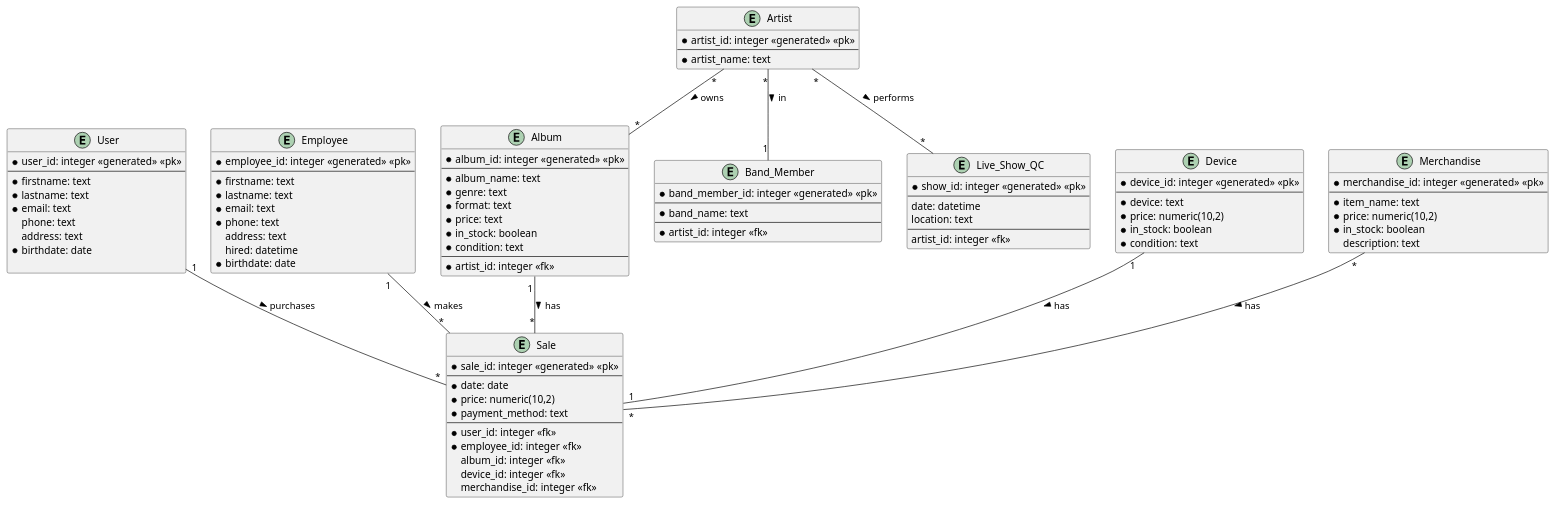
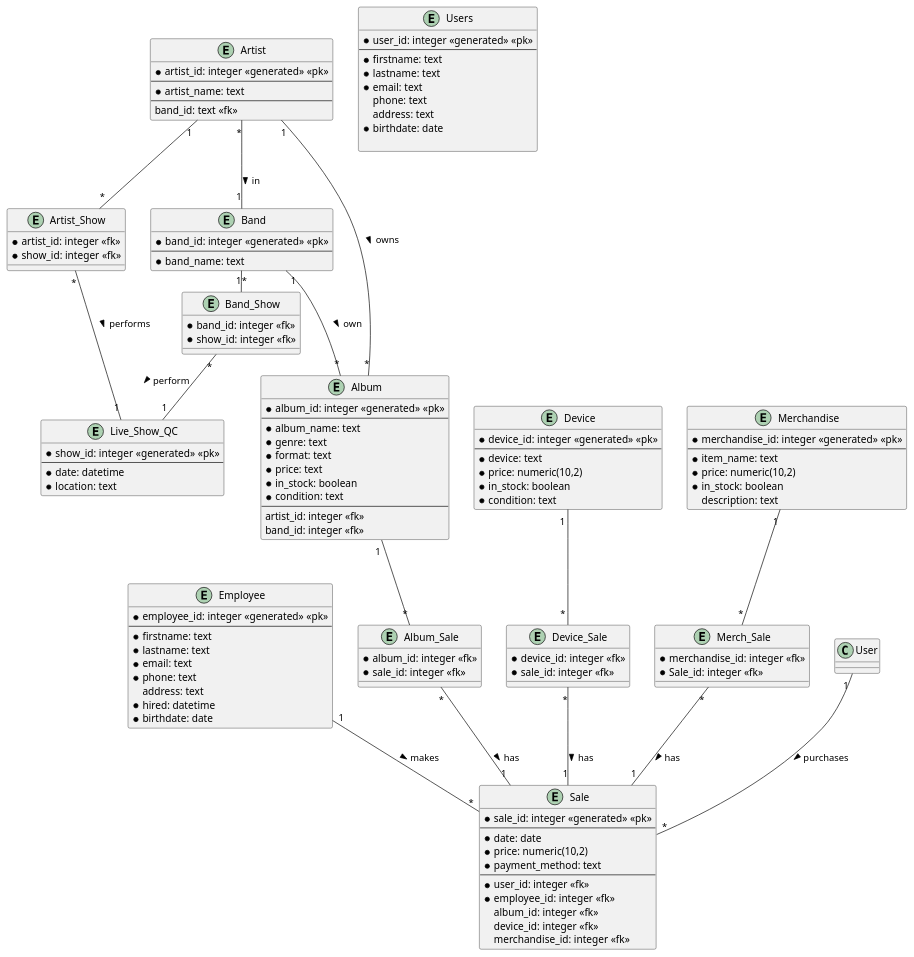
The diagram in physical.md (2395037/turntables_db), drawn with PlantUML before and after one commit. The commit also changed 1 other file, not shown here.

Commit message:
Added intermediate tables, and fixed some attributes in physical

```diff
--- a/physical.md
+++ b/physical.md
@@ -1,5 +1,5 @@
 @startuml
-entity User {
+entity Users {
 *user_id: integer <<generated>> <<pk>>
 --
 *firstname: text
@@ -19,7 +19,7 @@
 *email: text
 *phone: text
 address: text
-hired: datetime
+*hired: datetime
 *birthdate: date
 }
 
@@ -33,21 +33,22 @@
 *in_stock: boolean
 *condition: text
 --
-*artist_id: integer <<fk>>
+artist_id: integer <<fk>>
+band_id: integer <<fk>>
 }
 
 entity Artist {
 *artist_id: integer <<generated>> <<pk>>
 --
 *artist_name: text
+--
+band_id: text <<fk>>
 }
 
-entity Band_Member {
-*band_member_id: integer <<generated>> <<pk>>
+entity Band {
+*band_id: integer <<generated>> <<pk>>
 --
 *band_name: text
---
-*artist_id: integer <<fk>>
 }
 
 entity Device {
@@ -71,10 +72,8 @@
 entity Live_Show_QC {
 *show_id: integer <<generated>> <<pk>>
 --
-date: datetime
-location: text
---
-artist_id: integer <<fk>>
+*date: datetime
+*location: text
 }
 
 entity Sale {
@@ -91,12 +90,44 @@
 merchandise_id: integer <<fk>>
 }
 
+entity Band_Show {
+    *band_id: integer <<fk>>
+    *show_id: integer <<fk>>
+}
+
+entity Album_Sale {
+    *album_id: integer <<fk>>
+    *sale_id: integer <<fk>>
+}
+
+entity Device_Sale {
+    *device_id: integer <<fk>>
+    *sale_id: integer <<fk>>
+}
+
+entity Merch_Sale {
+    *merchandise_id: integer <<fk>>
+    *Sale_id: integer <<fk>>
+}
+
+entity Artist_Show {
+    *artist_id: integer <<fk>>
+    *show_id: integer <<fk>>
+}
+
+Band"1" -- "*"Album: own >
+Band"1" - "*"Band_Show
+Band_Show"*" - "1"Live_Show_QC: perform >
 User "1 " -- "*" Sale: > purchases
 Employee "1 " -- "*" Sale: > makes
-Album "1 " -- "*" Sale: > has
-Device "1 " -- "1" Sale: > has
-Merchandise "*" -- "*" Sale: > has
-Artist "*" -- "*" Album: > owns
-Artist "*" -- "*" Live_Show_QC: > performs
-Artist "*" -- "1" Band_Member: > in
+Album " 1 " -- "*"Album_Sale
+Album_Sale"*" -- "1" Sale: > has
+Device " 1 " -- " * "Device_Sale
+Device_Sale"*" -- "1"Sale: > has
+Merchandise "1" -- "*"Merch_Sale
+Merch_Sale"*" -- "1"Sale: > has
+Artist "1" -- "*" Album: > owns
+Artist "1" -- "*"Artist_Show
+Artist_Show"*" -- "1"Live_Show_QC: > performs
+Artist "*" -- "1" Band: > in
 @enduml
```
